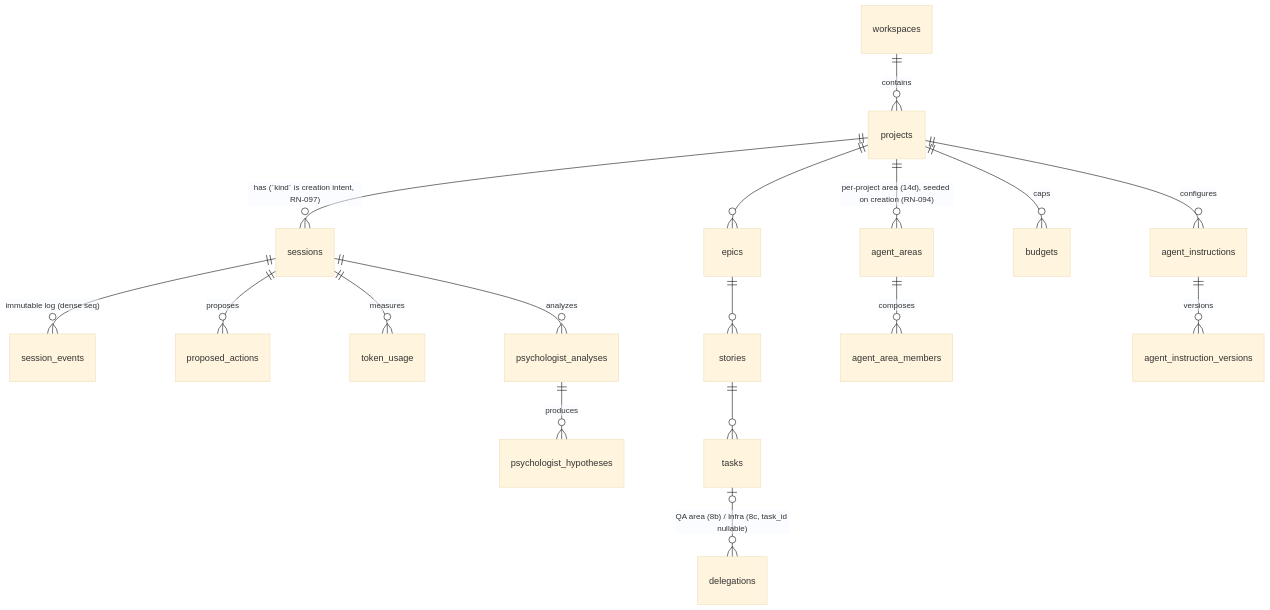
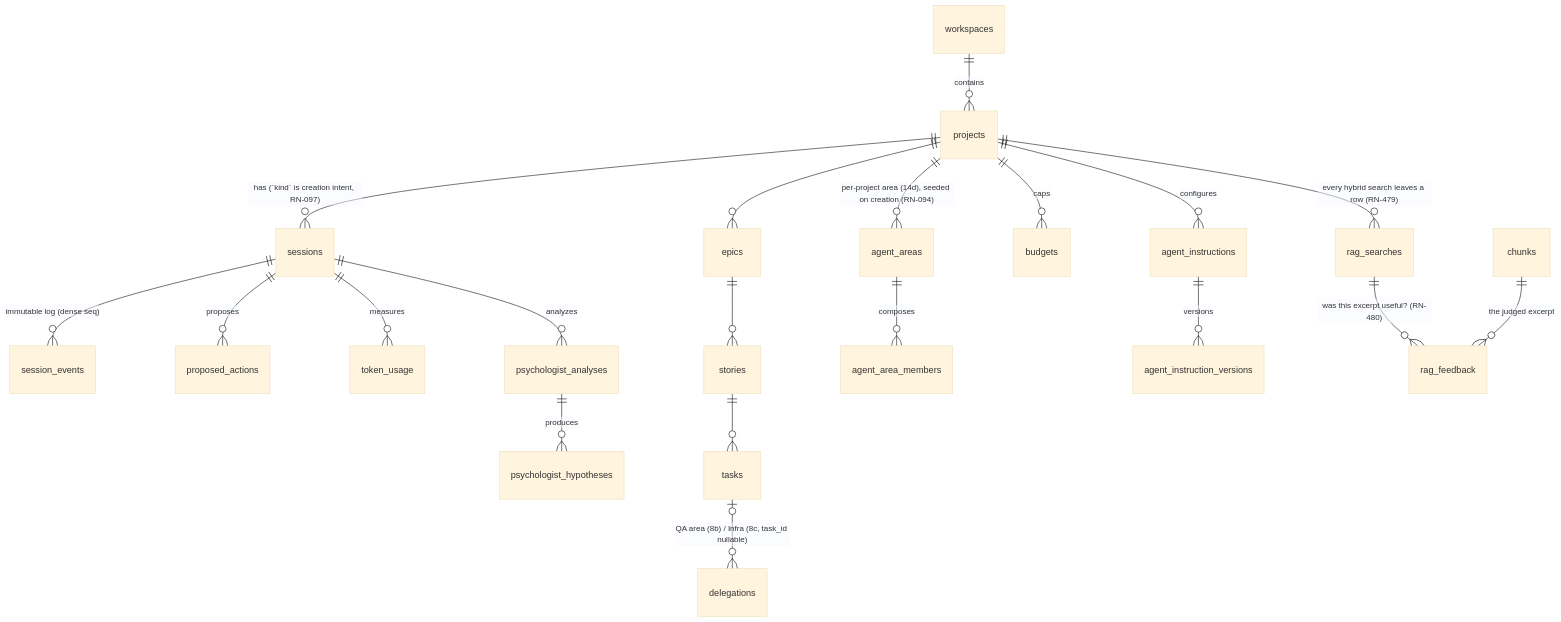
The third of 3 diagrams in docs/architecture.md (daneiel/brabo), drawn with Mermaid (base theme) before and after one commit. The commit also changed other lines of this file and 75 other files, not shown here.

````diff
--- a/docs/architecture.md
+++ b/docs/architecture.md
@@ -487,19 +487,22 @@
 ```mermaid
 erDiagram
   workspaces ||--o{ projects : contains
   projects ||--o{ sessions : "has (`kind` is creation intent, RN-097)"
   sessions ||--o{ session_events : "immutable log (dense seq)"
   sessions ||--o{ proposed_actions : proposes
   projects ||--o{ epics : ""
   epics ||--o{ stories : ""
   stories ||--o{ tasks : ""
   tasks |o--o{ delegations : "QA area (8b) / Infra (8c, task_id nullable)"
   projects ||--o{ agent_areas : "per-project area (14d), seeded on creation (RN-094)"
   agent_areas ||--o{ agent_area_members : composes
   projects ||--o{ budgets : caps
   sessions ||--o{ token_usage : measures
   projects ||--o{ agent_instructions : configures
   agent_instructions ||--o{ agent_instruction_versions : versions
   sessions ||--o{ psychologist_analyses : analyzes
   psychologist_analyses ||--o{ psychologist_hypotheses : produces
+  projects ||--o{ rag_searches : "every hybrid search leaves a row (RN-479)"
+  rag_searches ||--o{ rag_feedback : "was this excerpt useful? (RN-480)"
+  chunks ||--o{ rag_feedback : "the judged excerpt"
 ```
````
